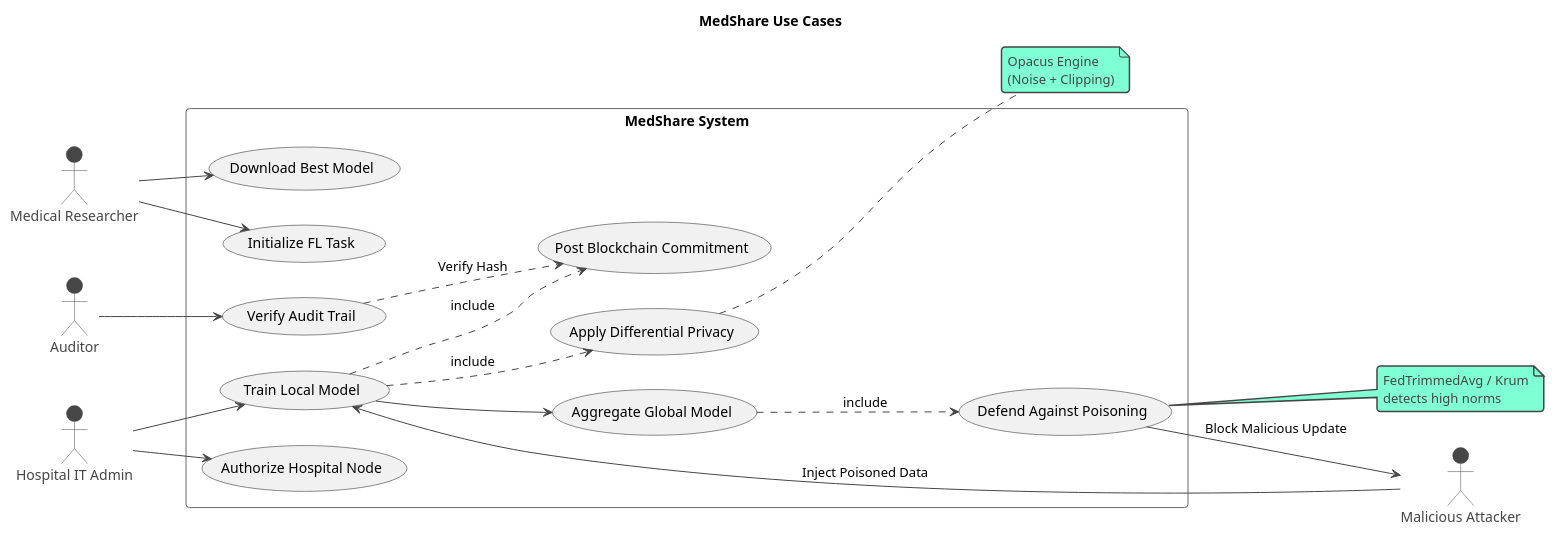
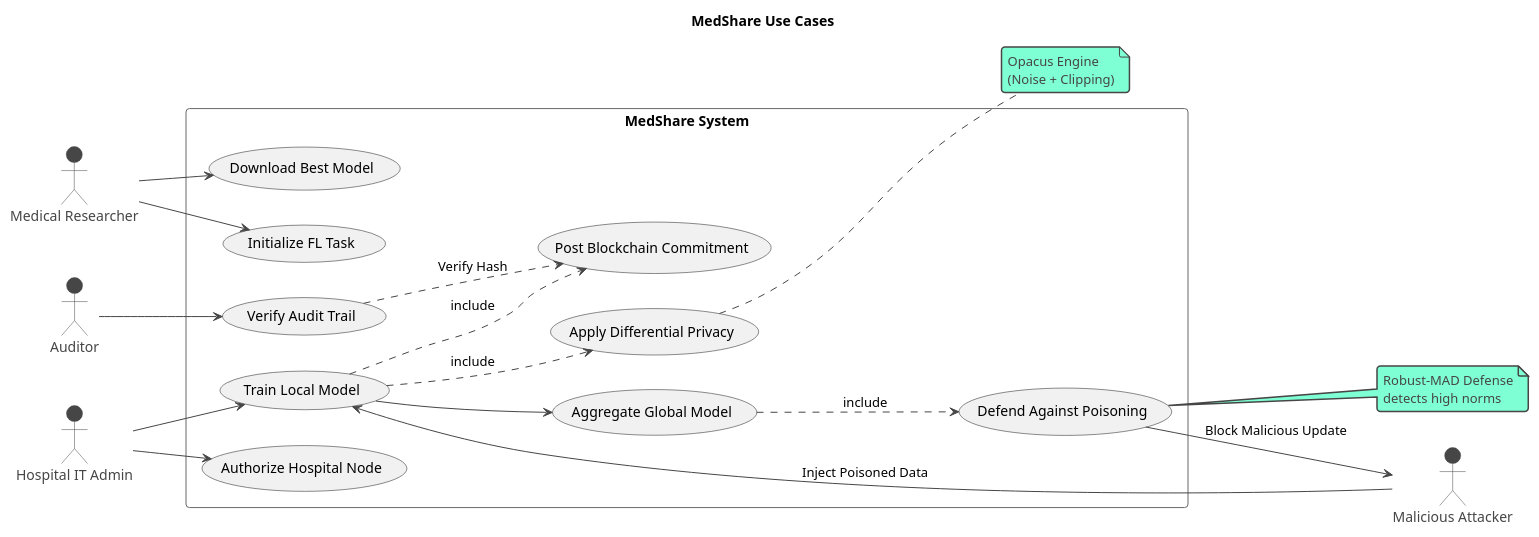
Before and after one commit to aab1-8/CV: the diagram in docs/architecture/medshare_use_case.puml, drawn with PlantUML. The commit also changed 140 other files, not shown here.

```diff
--- a/docs/architecture/medshare_use_case.puml
+++ b/docs/architecture/medshare_use_case.puml
@@ -1,50 +1,50 @@
 @startuml
 !theme vibrant
 title MedShare Use Cases
 
 left to right direction
 actor "Medical Researcher" as RESEARCHER
 actor "Hospital IT Admin" as ADMIN
 actor "Malicious Attacker" as ATTACKER
 actor "Auditor" as AUDITOR
 
 rectangle "MedShare System" {
     usecase "Initialize FL Task" as U1
     usecase "Authorize Hospital Node" as U2
     usecase "Train Local Model" as U3
     usecase "Apply Differential Privacy" as U4
     usecase "Post Blockchain Commitment" as U5
     usecase "Aggregate Global Model" as U6
     usecase "Defend Against Poisoning" as U7
     usecase "Verify Audit Trail" as U8
     usecase "Download Best Model" as U9
 }
 
 RESEARCHER --> U1
 RESEARCHER --> U9
 ADMIN --> U2
 ADMIN --> U3
 U3 ..> U4 : "include"
 U3 ..> U5 : "include"
 
 ' System automatically handles aggregation
 U3 --> U6
 U6 ..> U7 : "include"
 
 ATTACKER --> U3 : "Inject Poisoned Data"
 U7 --> ATTACKER : "Block Malicious Update"
 
 AUDITOR --> U8
 U8 ..> U5 : "Verify Hash"
 
 note right of U4
   Opacus Engine
   (Noise + Clipping)
 end note
 
 note right of U7
-  FedTrimmedAvg / Krum
+  Robust-MAD Defense
   detects high norms
 end note
 
 @enduml
```
